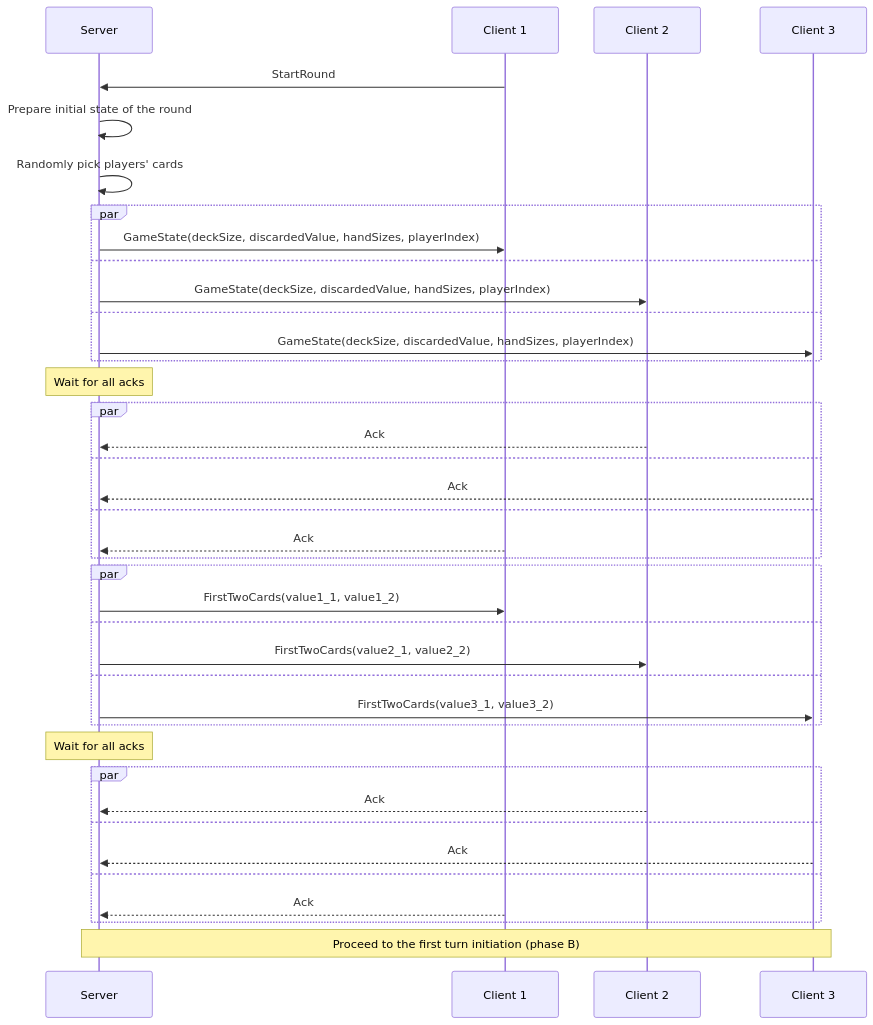
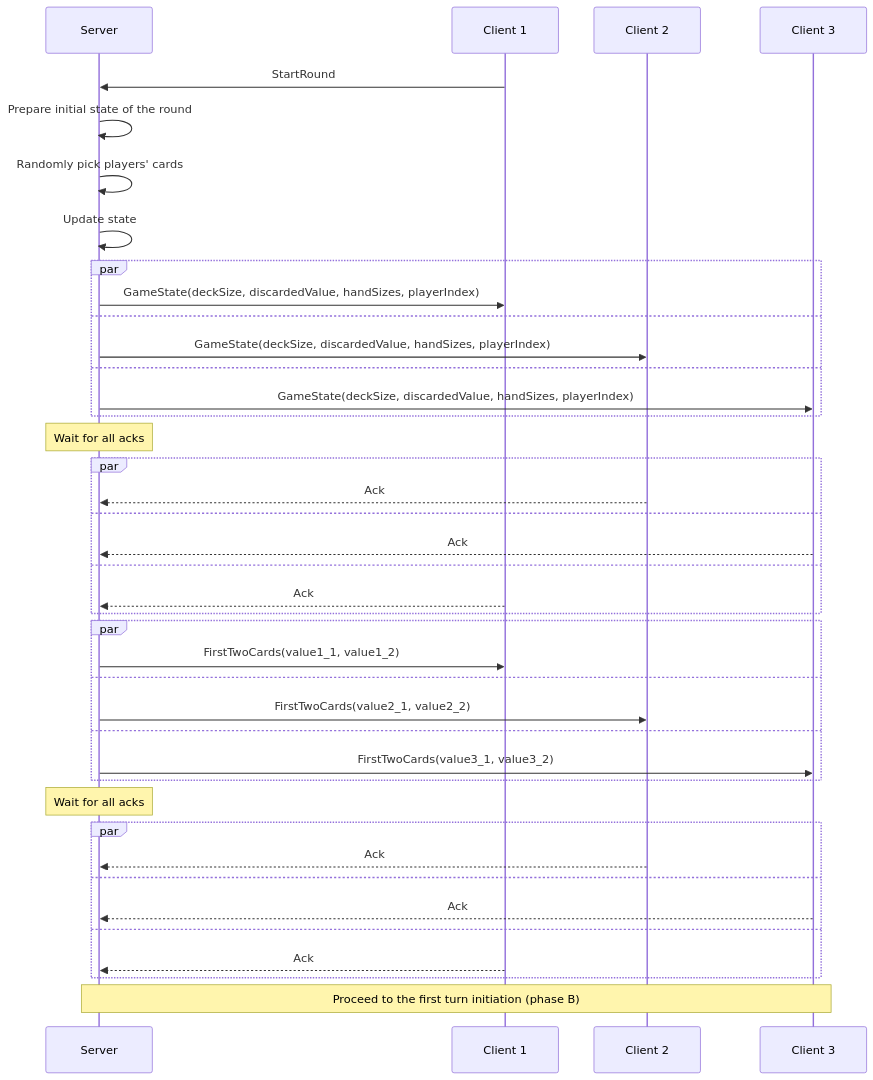
The second of 15 diagrams in README.md (roman-zubarevich/another), drawn with Mermaid before and after one commit.

Commit message:
adjust readme

````diff
--- a/README.md
+++ b/README.md
@@ -39,41 +39,42 @@
 ```mermaid
 sequenceDiagram
     participant S as Server
     participant C1 as Client 1
     participant C2 as Client 2
     participant C3 as Client 3
     C1->>S: StartRound
     S->>S: Prepare initial state of the round
     S->>S: Randomly pick players' cards
+    S->>S: Update state
     par
         S->>C1: GameState(deckSize, discardedValue, handSizes, playerIndex)
     and
         S->>C2: GameState(deckSize, discardedValue, handSizes, playerIndex)
     and
         S->>C3: GameState(deckSize, discardedValue, handSizes, playerIndex)
     end
     Note over S: Wait for all acks
     par
         C2-->>S: Ack
     and
         C3-->>S: Ack
     and
         C1-->>S: Ack
     end
     par
         S->>C1: FirstTwoCards(value1_1, value1_2)
     and
         S->>C2: FirstTwoCards(value2_1, value2_2)
     and
         S->>C3: FirstTwoCards(value3_1, value3_2)
     end
     Note over S: Wait for all acks
     par
         C2-->>S: Ack
     and
         C3-->>S: Ack
     and
         C1-->>S: Ack
     end
     Note over S,C3: Proceed to the first turn initiation (phase B)
 ```
````
